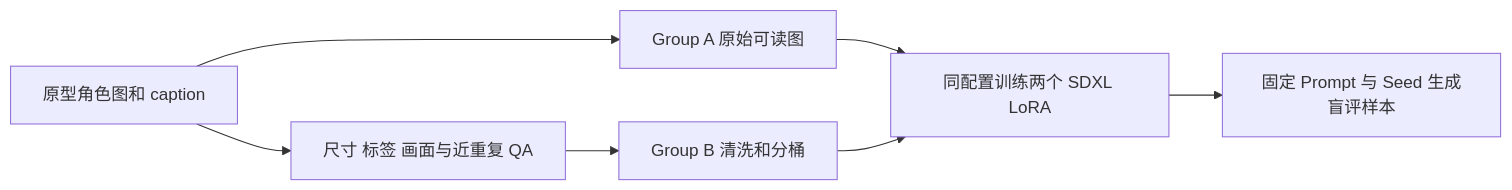
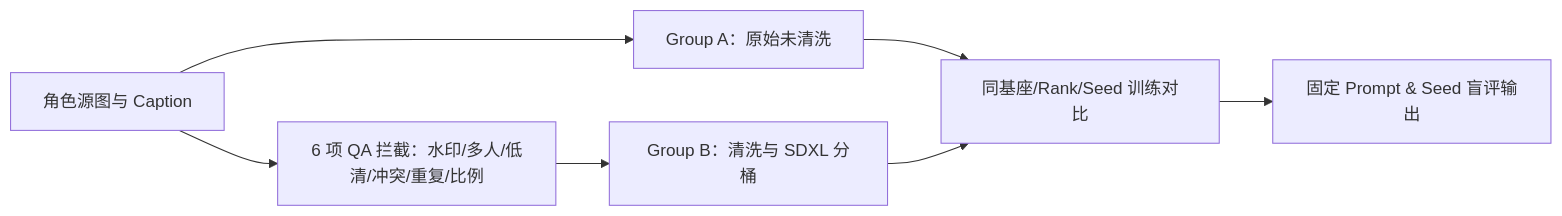
Before and after one commit to lubin010319/lora-data-curation-exp: the diagram in README.md, drawn with Mermaid. The commit also changed other lines of this file, not shown here.

````diff
--- a/README.md
+++ b/README.md
@@ -6,9 +6,9 @@
 ```mermaid
 flowchart LR
-    S[原型角色图和 caption] --> A[Group A 原始可读图]
-    S --> Q[尺寸 标签 画面与近重复 QA]
-    Q --> B[Group B 清洗和分桶]
-    A --> T[同配置训练两个 SDXL LoRA]
+    S[角色源图与 Caption] --> A[Group A：原始未清洗]
+    S --> Q[6 项 QA 拦截：水印/多人/低清/冲突/重复/比例]
+    Q --> B[Group B：清洗与 SDXL 分桶]
+    A --> T[同基座/Rank/Seed 训练对比]
     B --> T
-    T --> E[固定 Prompt 与 Seed 生成盲评样本]
+    T --> E[固定 Prompt & Seed 盲评输出]
 ```
````
